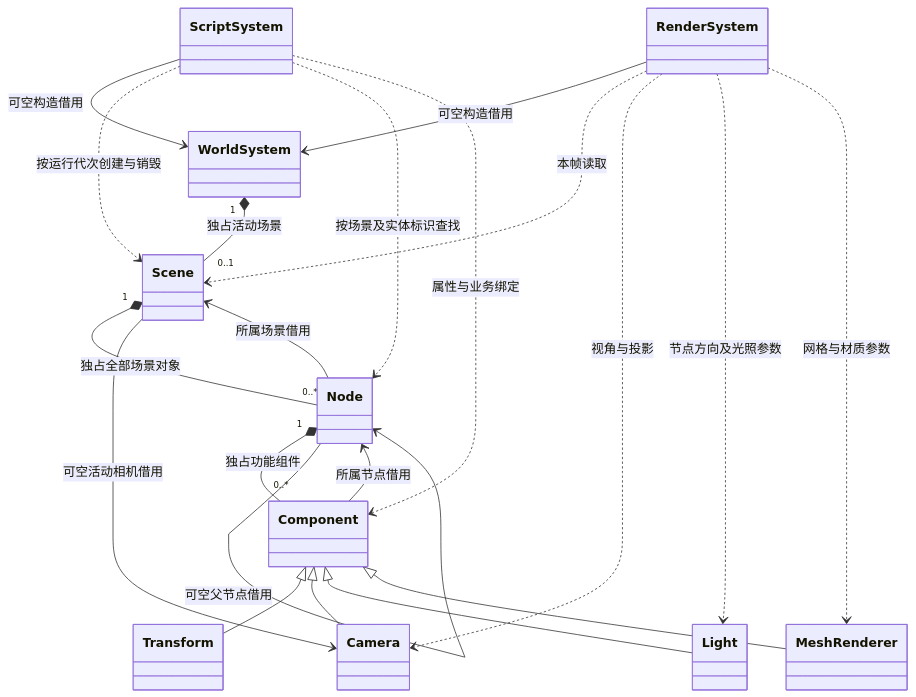
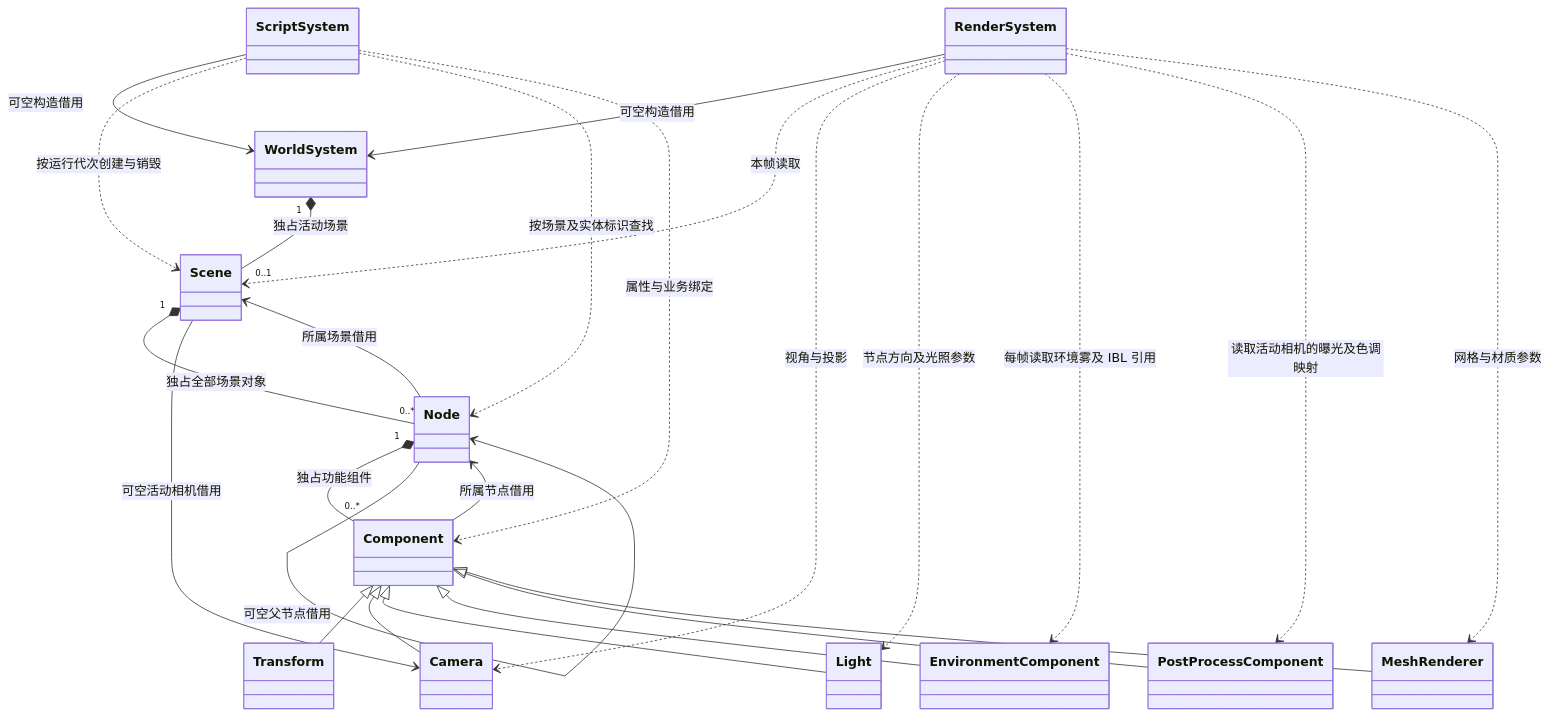
The seventh of 36 diagrams in docs/class-diagrams/references.md (lcals/Engine), drawn with Mermaid before and after one commit. The commit also changed other lines of this file and 78 other files, not shown here.

````diff
--- a/docs/class-diagrams/references.md
+++ b/docs/class-diagrams/references.md
@@ -194,33 +194,39 @@
 ```mermaid
 classDiagram
     class WorldSystem
     class Scene
     class Node
     class Component
     class Transform
     class Camera
     class Light
+    class EnvironmentComponent
+    class PostProcessComponent
     class MeshRenderer
     class ScriptSystem
     class RenderSystem
     WorldSystem "1" *-- "0..1" Scene : 独占活动场景
     Scene "1" *-- "0..*" Node : 独占全部场景对象
     Node "1" *-- "0..*" Component : 独占功能组件
     Node --> Scene : 所属场景借用
     Node --> Node : 可空父节点借用
     Component --> Node : 所属节点借用
     Component <|-- Transform
     Component <|-- Camera
     Component <|-- Light
+    Component <|-- EnvironmentComponent
+    Component <|-- PostProcessComponent
     Component <|-- MeshRenderer
     Scene --> Camera : 可空活动相机借用
     ScriptSystem --> WorldSystem : 可空构造借用
     ScriptSystem ..> Scene : 按运行代次创建与销毁
     ScriptSystem ..> Node : 按场景及实体标识查找
     ScriptSystem ..> Component : 属性与业务绑定
     RenderSystem --> WorldSystem : 可空构造借用
     RenderSystem ..> Scene : 本帧读取
     RenderSystem ..> Camera : 视角与投影
     RenderSystem ..> Light : 节点方向及光照参数
+    RenderSystem ..> EnvironmentComponent : 每帧读取环境雾及 IBL 引用
+    RenderSystem ..> PostProcessComponent : 读取活动相机的曝光及色调映射
     RenderSystem ..> MeshRenderer : 网格与材质参数
 ```
````
